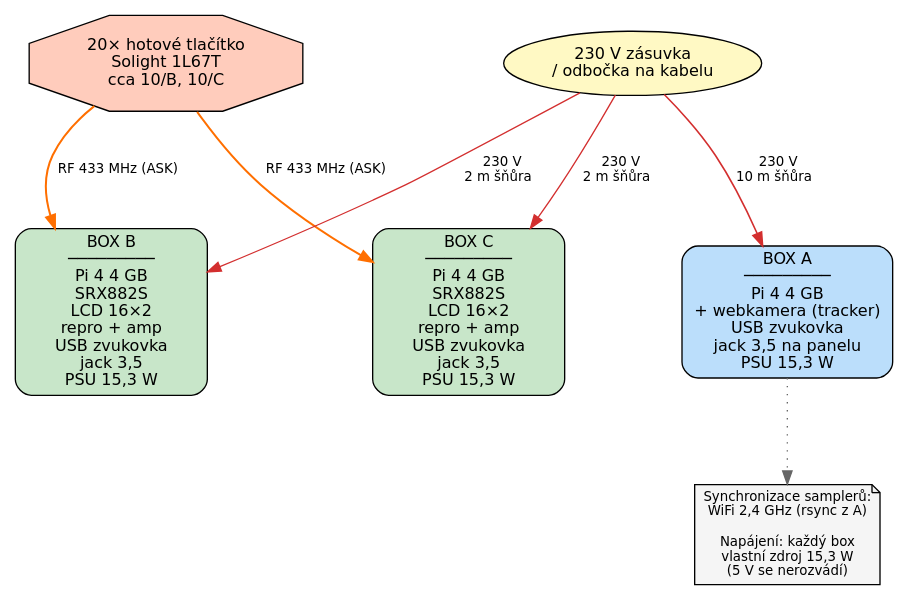
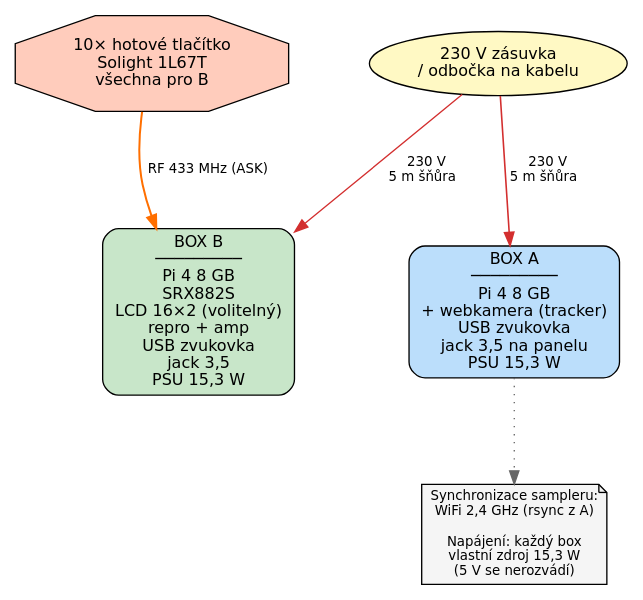
The diagram in docs/dot/hw_01_architecture.dot (K0F/1938_ABC), drawn with Graphviz before and after one commit. The commit also changed 22 other files, not shown here.

```diff
--- a/docs/dot/hw_01_architecture.dot
+++ b/docs/dot/hw_01_architecture.dot
@@ -1,30 +1,27 @@
-// HW §1 — Architektura a role boxů (3-box topology)
+// HW §1 — Architektura a role boxů (2-box topology)
 digraph G {
     graph [fontname="DejaVu Sans" rankdir=TB bgcolor="white" nodesep=0.7 ranksep=0.9];
 node [fontname="DejaVu Sans" fontsize=12 style="filled"];
 edge [fontname="DejaVu Sans" fontsize=10];
 
 // Tlačítka
-tlačítka [label="20× hotové tlačítko\nSolight 1L67T\ncca 10/B, 10/C" shape=octagon style="filled" fillcolor="#ffccbc" width=2.2];
+tlačítka [label="10× hotové tlačítko\nSolight 1L67T\nvšechna pro B" shape=octagon style="filled" fillcolor="#ffccbc" width=2.2];
 
 // Boxes
-boxB [label="BOX B\n─────────\nPi 4 4 GB\nSRX882S\nLCD 16×2\nrepro + amp\nUSB zvukovka\njack 3,5\nPSU 15,3 W" shape=box style="filled,rounded" fillcolor="#c8e6c9" width=2];
-boxC [label="BOX C\n─────────\nPi 4 4 GB\nSRX882S\nLCD 16×2\nrepro + amp\nUSB zvukovka\njack 3,5\nPSU 15,3 W" shape=box style="filled,rounded" fillcolor="#c8e6c9" width=2];
-boxA [label="BOX A\n─────────\nPi 4 4 GB\n+ webkamera (tracker)\nUSB zvukovka\njack 3,5 na panelu\nPSU 15,3 W" shape=box style="filled,rounded" fillcolor="#bbdefb" width=2.2];
+boxB [label="BOX B\n─────────\nPi 4 8 GB\nSRX882S\nLCD 16×2 (volitelný)\nrepro + amp\nUSB zvukovka\njack 3,5\nPSU 15,3 W" shape=box style="filled,rounded" fillcolor="#c8e6c9" width=2];
+boxA [label="BOX A\n─────────\nPi 4 8 GB\n+ webkamera (tracker)\nUSB zvukovka\njack 3,5 na panelu\nPSU 15,3 W" shape=box style="filled,rounded" fillcolor="#bbdefb" width=2.2];
 
 // Power — každý box samostatně do zásuvky 230 V
 rozvod [label="230 V zásuvka\n/ odbočka na kabelu" shape=oval fillcolor="#fff9c4"];
 
 // RF
 tlačítka -> boxB [label="  RF 433 MHz (ASK)  " color="#ff6f00" penwidth=1.5 style=bold];
-tlačítka -> boxC [label="  RF 433 MHz (ASK)  " color="#ff6f00" penwidth=1.5 style=bold];
 
 // Power (each box plugs into 230 V separately, converts with its own 15,3 W PSU)
-rozvod -> boxA [label="  230 V\n  10 m šňůra  " color="#d32f2f" penwidth=1.2];
-rozvod -> boxB [label="  230 V\n  2 m šňůra  " color="#d32f2f" penwidth=1.0];
-rozvod -> boxC [label="  230 V\n  2 m šňůra  " color="#d32f2f" penwidth=1.0];
+rozvod -> boxA [label="  230 V\n  5 m šňůra  " color="#d32f2f" penwidth=1.2];
+rozvod -> boxB [label="  230 V\n  5 m šňůra  " color="#d32f2f" penwidth=1.0];
 
 // Note
-note [label="Synchronizace samplerů:\nWiFi 2,4 GHz (rsync z A)\n\nNapájení: každý box\nvlastní zdroj 15,3 W\n(5 V se nerozvádí)" shape=note fillcolor="#f5f5f5" fontsize=10];
+note [label="Synchronizace sampleru:\nWiFi 2,4 GHz (rsync z A)\n\nNapájení: každý box\nvlastní zdroj 15,3 W\n(5 V se nerozvádí)" shape=note fillcolor="#f5f5f5" fontsize=10];
 boxA -> note [style=dotted color="#666666"];
 }
```
